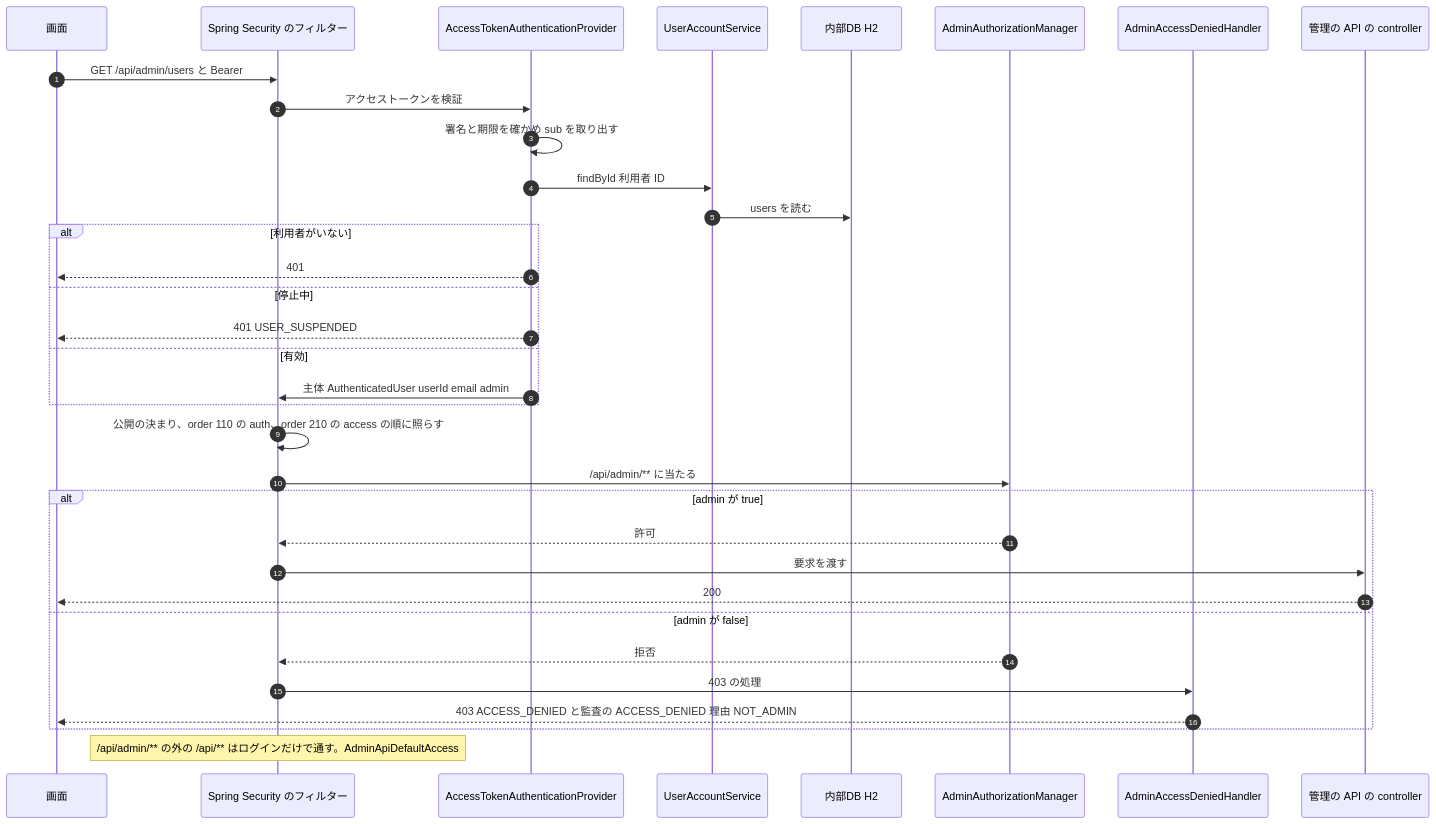
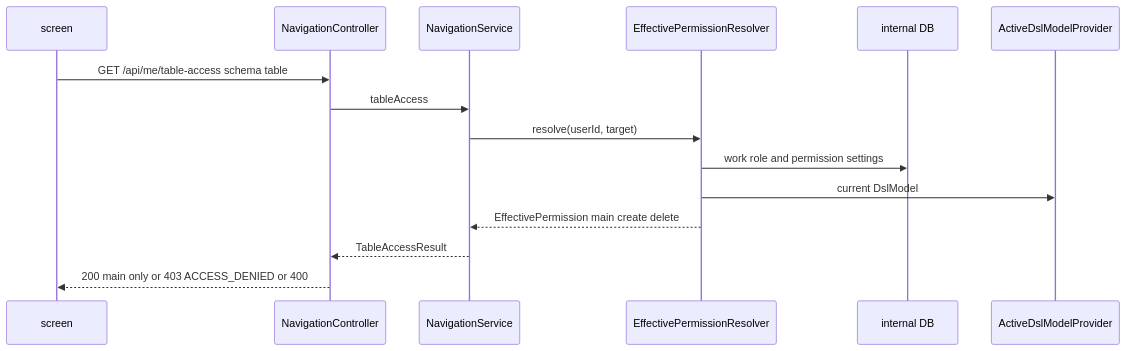
Before and after one commit to agwlvssainokuni/mastersmith2: the third of 6 diagrams in aidlc/spaces/default/codekb/mastersmith2/architecture.md, drawn with Mermaid. The commit also changed other lines of this file and 13 other files, not shown here.

````diff
--- a/aidlc/spaces/default/codekb/mastersmith2/architecture.md
+++ b/aidlc/spaces/default/codekb/mastersmith2/architecture.md
@@ -119,37 +112,17 @@
 ```mermaid
 sequenceDiagram
-  autonumber
-  participant FE as 画面
-  participant FC as Spring Security のフィルター
-  participant ATP as AccessTokenAuthenticationProvider
-  participant UAS as UserAccountService
-  participant DB as 内部DB H2
-  participant AAM as AdminAuthorizationManager
-  participant ADH as AdminAccessDeniedHandler
-  participant CTL as 管理の API の controller
-
-  FE->>FC: GET /api/admin/users と Bearer
-  FC->>ATP: アクセストークンを検証
-  ATP->>ATP: 署名と期限を確かめ sub を取り出す
-  ATP->>UAS: findById 利用者 ID
-  UAS->>DB: users を読む
-  alt 利用者がいない
-    ATP-->>FE: 401
-  else 停止中
-    ATP-->>FE: 401 USER_SUSPENDED
-  else 有効
-    ATP->>FC: 主体 AuthenticatedUser userId email admin
-  end
-  FC->>FC: 公開の決まり、order 110 の auth、order 210 の access の順に照らす
-  FC->>AAM: /api/admin/** に当たる
-  alt admin が true
-    AAM-->>FC: 許可
-    FC->>CTL: 要求を渡す
-    CTL-->>FE: 200
-  else admin が false
-    AAM-->>FC: 拒否
-    FC->>ADH: 403 の処理
-    ADH-->>FE: 403 ACCESS_DENIED と監査の ACCESS_DENIED 理由 NOT_ADMIN
-  end
-  Note over FC: /api/admin/** の外の /api/** はログインだけで通す。AdminApiDefaultAccess
+  participant FE as screen
+  participant NC as NavigationController
+  participant NS as NavigationService
+  participant R as EffectivePermissionResolver
+  participant DB as internal DB
+  participant DP as ActiveDslModelProvider
+  FE->>NC: GET /api/me/table-access schema table
+  NC->>NS: tableAccess
+  NS->>R: resolve(userId, target)
+  R->>DB: work role and permission settings
+  R->>DP: current DslModel
+  R-->>NS: EffectivePermission main create delete
+  NS-->>NC: TableAccessResult
+  NC-->>FE: 200 main only or 403 ACCESS_DENIED or 400
 ```
````
